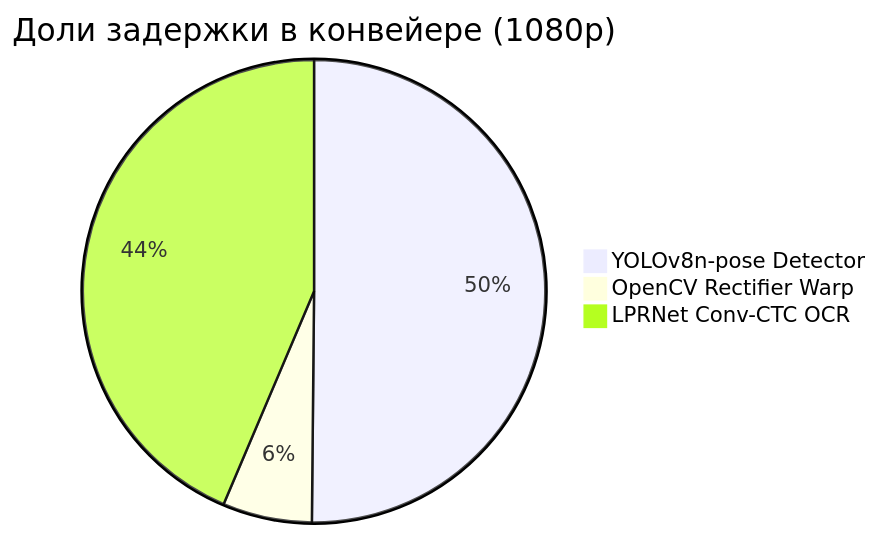
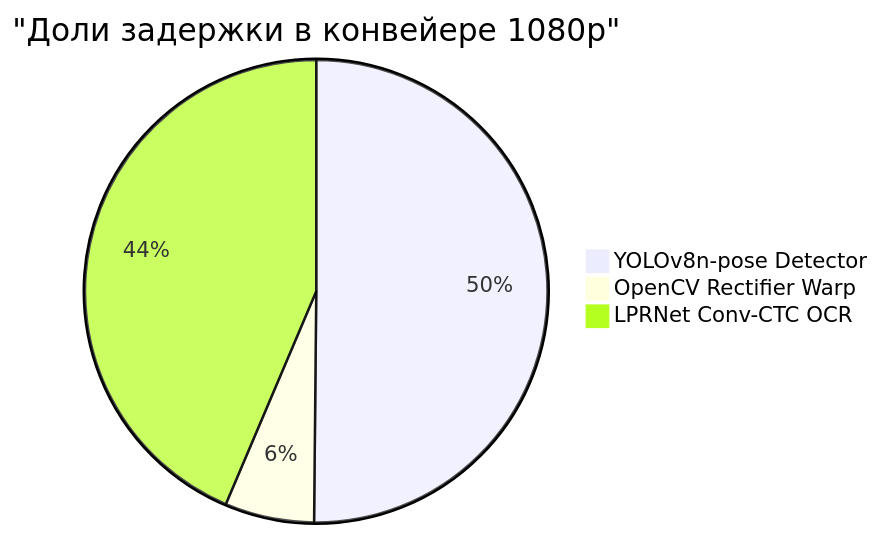
The diagram in docs/report/latency_benchmark.md (Vamsilver/OmniPlate-RU), drawn with Mermaid before and after one commit. The commit also changed 24 other files, not shown here.

Commit message:
docs(submission): record solo author Vasiliev R.A., update submission letter and fix mermaid diagrams syntax

````diff
--- a/docs/report/latency_benchmark.md
+++ b/docs/report/latency_benchmark.md
@@ -50,6 +50,6 @@
 ```mermaid
-pie title Доли задержки в конвейере (1080p)
+pie title "Доли задержки в конвейере 1080p"
     "YOLOv8n-pose Detector" : 18.4
     "OpenCV Rectifier Warp" : 2.29
     "LPRNet Conv-CTC OCR" : 16.0
 ```
````
